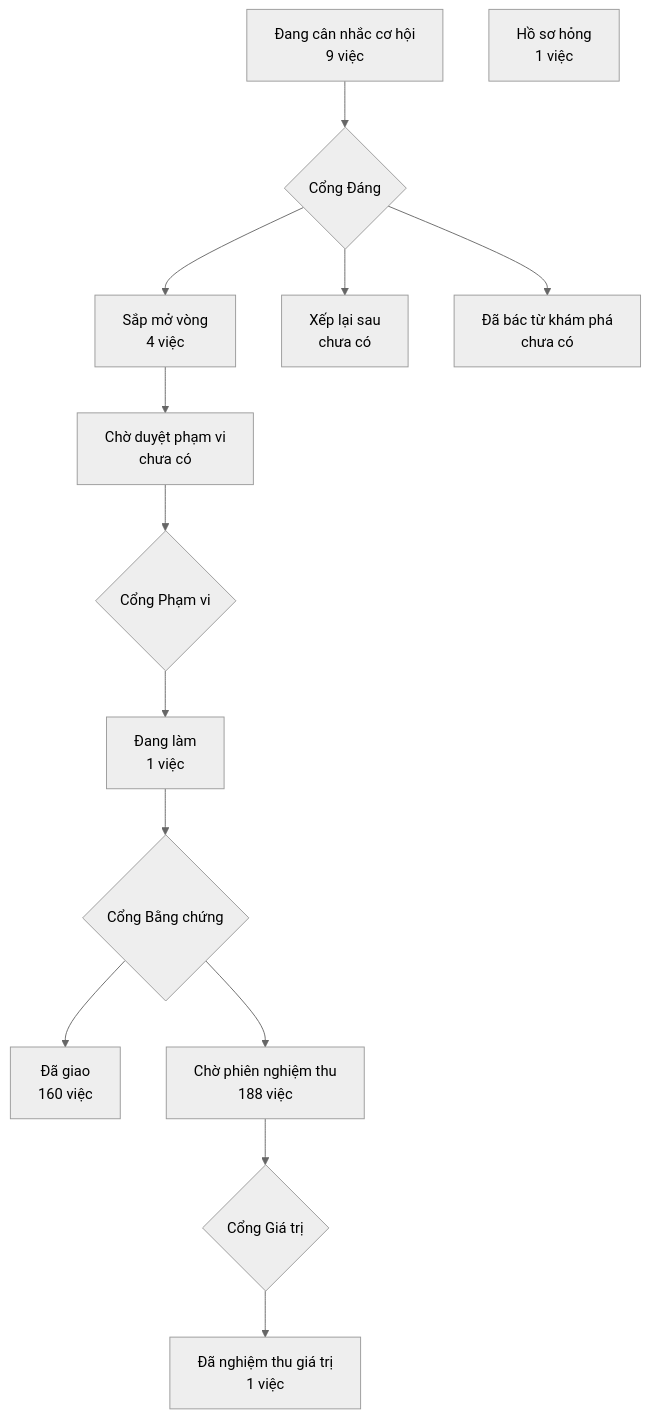
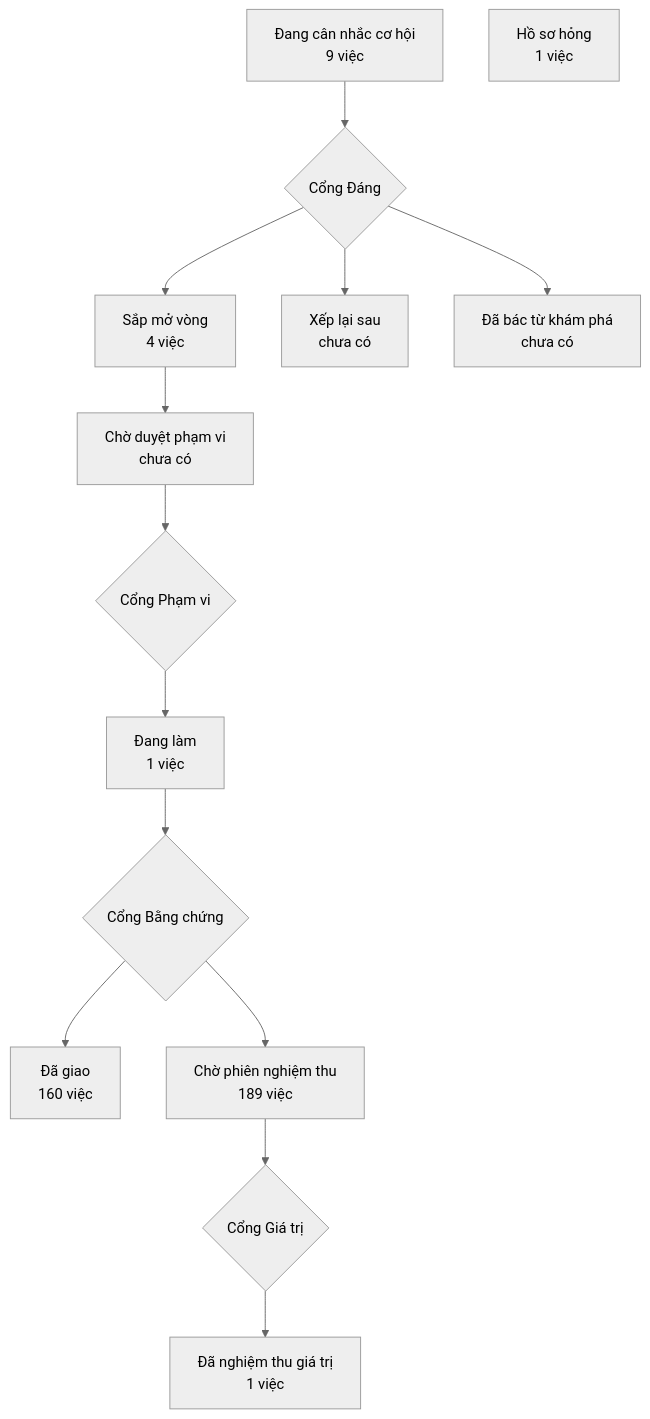
One commit to phanlemanh/crm-onehub changed the diagram in PRODUCT-MAP.md. Above: the diagram before and after it, drawn with Mermaid (neutral theme). The commit also changed 1 other file, not shown here.

Commit message:
chore(hop-tuan-mo-dung-bo): vẽ lại bản đồ và trang lộ trình sau gộp onehub f14f591eb

````diff
--- a/PRODUCT-MAP.md
+++ b/PRODUCT-MAP.md
@@ -7,13 +7,13 @@
 ```mermaid
 flowchart TD
   A["Đang cân nhắc cơ hội<br/>9 việc"] --> GD{"Cổng Đáng"}
   GD --> B["Sắp mở vòng<br/>4 việc"]
   GD --> XL["Xếp lại sau<br/>chưa có"]
   GD --> DB["Đã bác từ khám phá<br/>chưa có"]
   B --> CD["Chờ duyệt phạm vi<br/>chưa có"] --> GP{"Cổng Phạm vi"}
   GP --> DL["Đang làm<br/>1 việc"] --> GB{"Cổng Bằng chứng"}
   GB --> DG["Đã giao<br/>160 việc"]
-  GB --> CN["Chờ phiên nghiệm thu<br/>188 việc"] --> GG{"Cổng Giá trị"}
+  GB --> CN["Chờ phiên nghiệm thu<br/>189 việc"] --> GG{"Cổng Giá trị"}
   GG --> NT["Đã nghiệm thu giá trị<br/>1 việc"]
   HS["Hồ sơ hỏng<br/>1 việc"]
 ```
````
